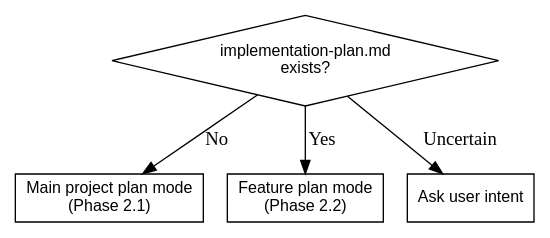
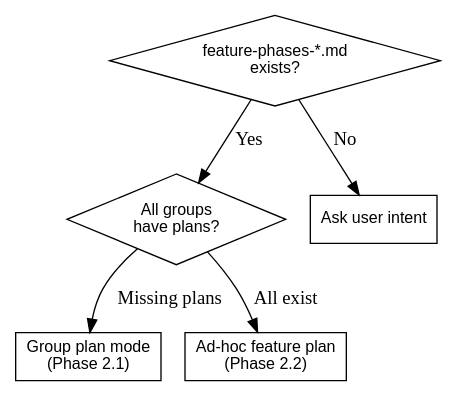
The second of 2 diagrams in skills/vibe-plan/SKILL.md (Yumoxj/vibe-ops), drawn with Graphviz before and after one commit. The commit also changed other lines of this file and 14 other files, not shown here.

First line of the commit message:
feat: restructure memory-bank and introduce plan groups

````diff
--- a/skills/vibe-plan/SKILL.md
+++ b/skills/vibe-plan/SKILL.md
@@ -72,15 +78,17 @@
 ```dot
 digraph detect_flow {
     rankdir=TB;
     node [fontname="Arial", fontsize=12];
 
-    check [shape=diamond, label="implementation-plan.md\nexists?"];
-    main [shape=box, label="Main project plan mode\n(Phase 2.1)"];
-    feature [shape=box, label="Feature plan mode\n(Phase 2.2)"];
+    check [shape=diamond, label="feature-phases-*.md\nexists?"];
+    groups [shape=diamond, label="All groups\nhave plans?"];
+    group_mode [shape=box, label="Group plan mode\n(Phase 2.1)"];
+    adhoc [shape=box, label="Ad-hoc feature plan\n(Phase 2.2)"];
     ask [shape=box, label="Ask user intent"];
 
-    check -> main [label="No"];
-    check -> feature [label="Yes"];
-    check -> ask [label="Uncertain"];
+    check -> groups [label="Yes"];
+    check -> ask [label="No"];
+    groups -> group_mode [label="Missing plans"];
+    groups -> adhoc [label="All exist"];
 }
 ```
````
